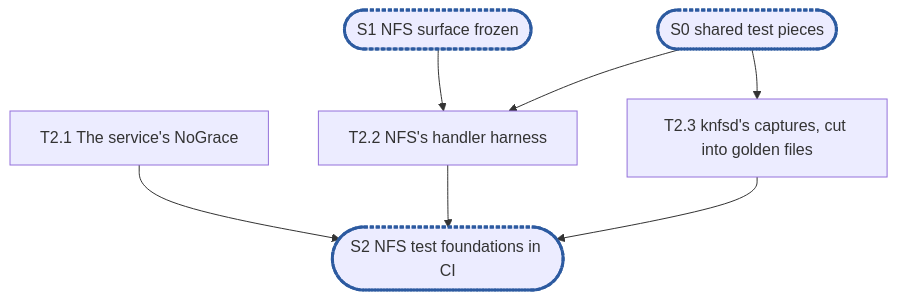
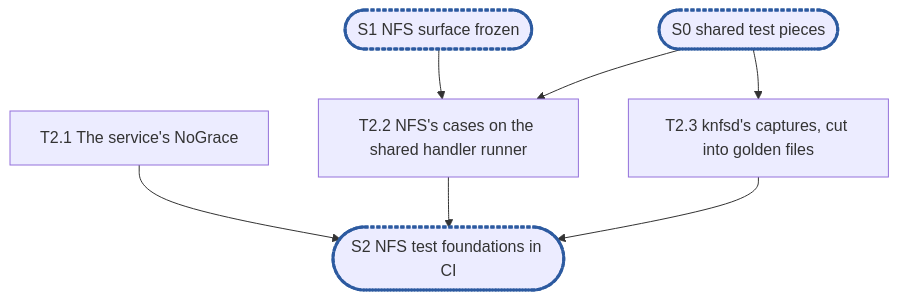
One commit to cubbit/dittofs changed the diagram in .planning/rfc-21-nfs-epic2.md. Above: the diagram before and after it, drawn with Mermaid. The commit also changed other lines of this file and 2 other files, not shown here.

````diff
--- a/.planning/rfc-21-nfs-epic2.md
+++ b/.planning/rfc-21-nfs-epic2.md
@@ -330,10 +334,10 @@
 ```mermaid
 flowchart TD
   S1(["S1 NFS surface frozen"]):::sync
   S0(["S0 shared test pieces"]):::sync
   T2_1["T2.1 The service's NoGrace"]
-  S1 & S0 --> T2_2["T2.2 NFS's handler harness"]
+  S1 & S0 --> T2_2["T2.2 NFS's cases on the shared handler runner"]
   S0 --> T2_3["T2.3 knfsd's captures, cut into golden files"]
   T2_1 & T2_2 & T2_3 --> S2(["S2 NFS test foundations in CI"]):::sync
   classDef sync stroke:#2c5aa0,stroke-width:3px,stroke-dasharray:4 2
 ```
````
